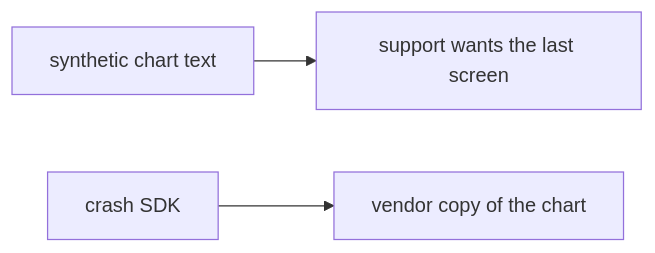
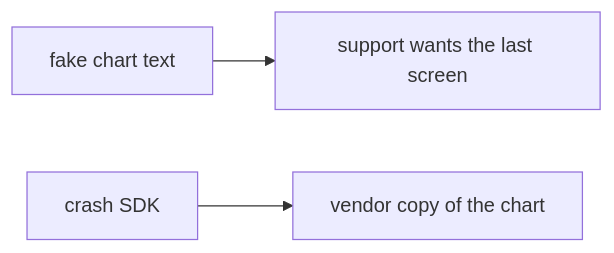
Before and after one commit to ishitvagoel/LearnSecurity: the diagram in content/modules/8/8.5/lessons/07-transfer.md, drawn with Mermaid. The commit also changed other lines of this file and 39 other files, not shown here.

````diff
--- a/content/modules/8/8.5/lessons/07-transfer.md
+++ b/content/modules/8/8.5/lessons/07-transfer.md
@@ -28,5 +26,5 @@
 ```mermaid
 flowchart LR
-  Chart[synthetic chart text] --> Belief[support wants the last screen]
+  Chart[fake chart text] --> Belief[support wants the last screen]
   Crash[crash SDK] --> Reality[vendor copy of the chart]
 ```
````
